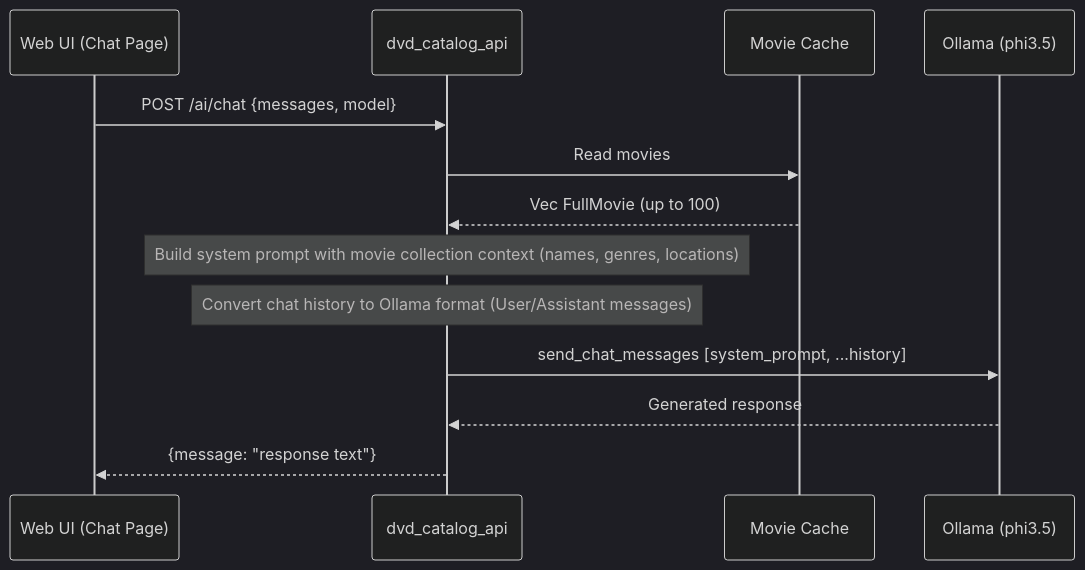
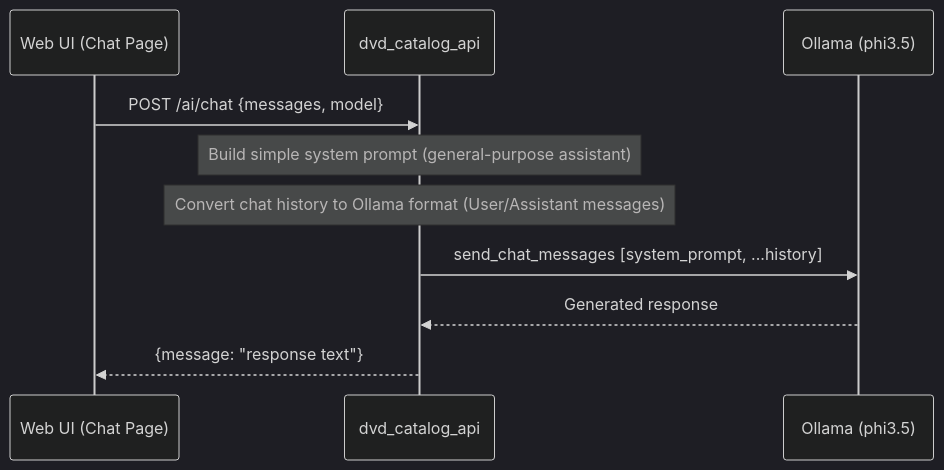
One commit to 1x2kb/dvd_categorize changed the first of 2 diagrams in Documentation/Diagrams/AI_CHAT_FLOW.md. Above: the diagram before and after it, drawn with Mermaid (dark theme). The commit also changed other lines of this file and 7 other files, not shown here.

````diff
--- a/Documentation/Diagrams/AI_CHAT_FLOW.md
+++ b/Documentation/Diagrams/AI_CHAT_FLOW.md
@@ -7,21 +7,17 @@
 ```mermaid
 sequenceDiagram
     participant User as Web UI (Chat Page)
     participant API as dvd_catalog_api
-    participant Cache as Movie Cache
     participant Ollama as Ollama (phi3.5)
 
     User->>API: POST /ai/chat {messages, model}
 
-    API->>Cache: Read movies
-    Cache-->>API: Vec FullMovie (up to 100)
-
-    Note over API: Build system prompt with movie collection context (names, genres, locations)
+    Note over API: Build simple system prompt (general-purpose assistant)
 
     Note over API: Convert chat history to Ollama format (User/Assistant messages)
 
     API->>Ollama: send_chat_messages [system_prompt, ...history]
     Ollama-->>API: Generated response
 
     API-->>User: {message: "response text"}
 ```
````
